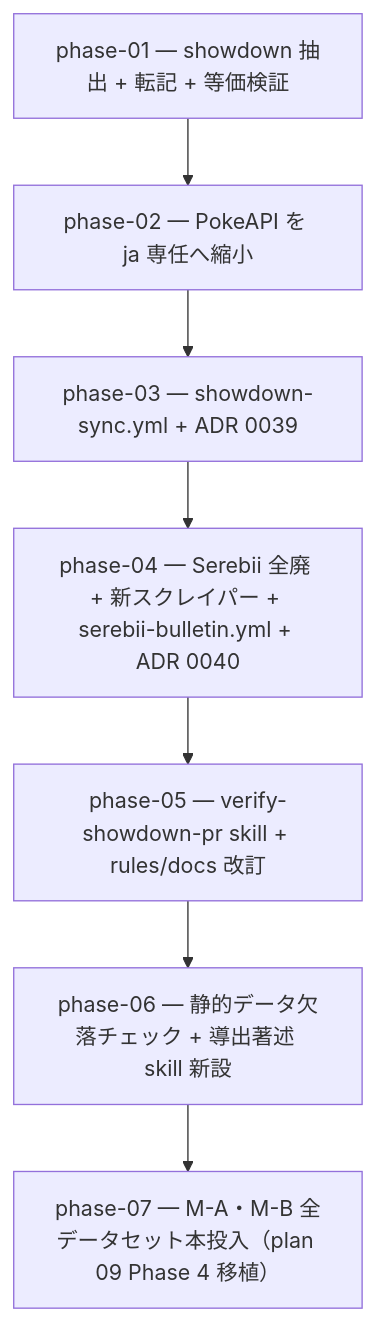
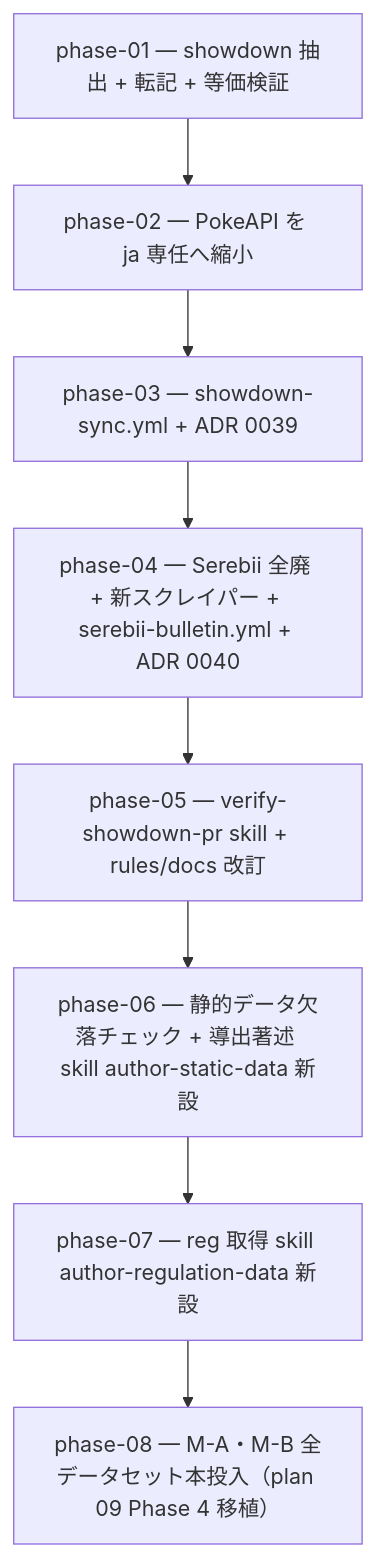
Before and after one commit to subroh0508/pokeform: the diagram in docs/roadmap/10-showdown-first-data/README.md, drawn with Mermaid. The commit also changed other lines of this file and 12 other files, not shown here.

First line of the commit message:
docs(roadmap): plan 10 に author-regulation-data skill phase を追加（投入 → Phase 8 renumber）

````diff
--- a/docs/roadmap/10-showdown-first-data/README.md
+++ b/docs/roadmap/10-showdown-first-data/README.md
@@ -9,9 +9,10 @@
 ```mermaid
 flowchart TD
     P1[phase-01 — showdown 抽出 + 転記 + 等価検証] --> P2[phase-02 — PokeAPI を ja 専任へ縮小]
     P2 --> P3[phase-03 — showdown-sync.yml + ADR 0039]
     P3 --> P4[phase-04 — Serebii 全廃 + 新スクレイパー + serebii-bulletin.yml + ADR 0040]
     P4 --> P5[phase-05 — verify-showdown-pr skill + rules/docs 改訂]
-    P5 --> P6[phase-06 — 静的データ欠落チェック + 導出著述 skill 新設]
-    P6 --> P7[phase-07 — M-A・M-B 全データセット本投入（plan 09 Phase 4 移植）]
+    P5 --> P6[phase-06 — 静的データ欠落チェック + 導出著述 skill author-static-data 新設]
+    P6 --> P7[phase-07 — reg 取得 skill author-regulation-data 新設]
+    P7 --> P8[phase-08 — M-A・M-B 全データセット本投入（plan 09 Phase 4 移植）]
 ```
````
